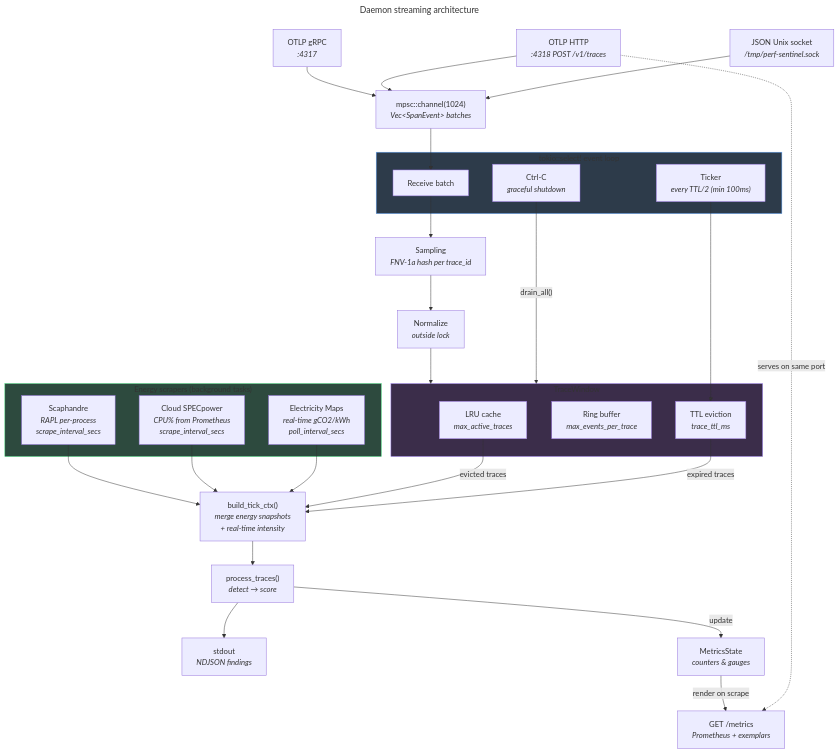
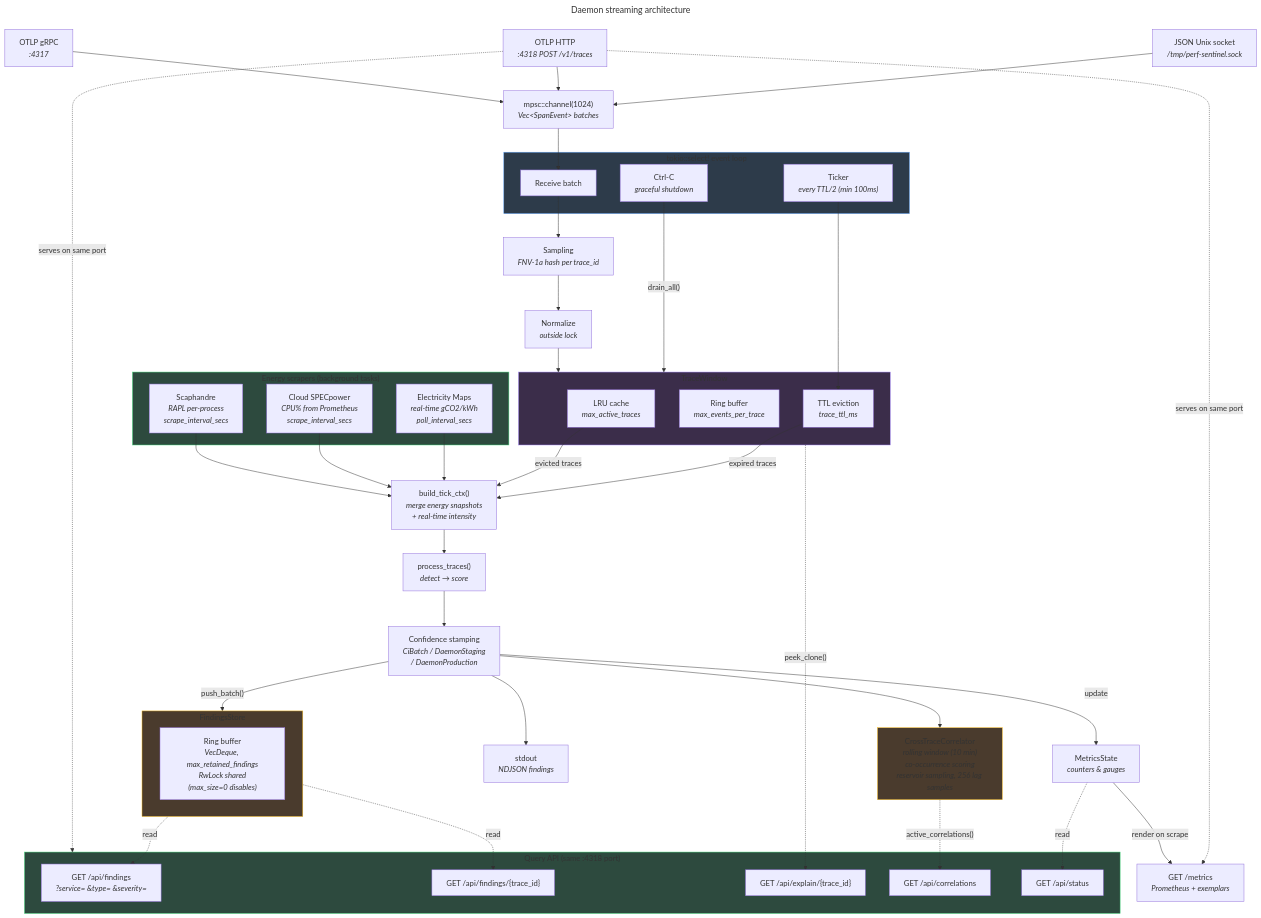
The diagram in docs/diagrams/mmd/daemon.mmd (robintra/perf-sentinel), drawn with Mermaid before and after one commit. The commit also changed 62 other files, not shown here.

```diff
--- a/docs/diagrams/mmd/daemon.mmd
+++ b/docs/diagrams/mmd/daemon.mmd
@@ -1,65 +1,94 @@
 ---
 title: Daemon streaming architecture
 ---
 flowchart TB
     grpc["OTLP gRPC<br/><i>:4317</i>"]
     http["OTLP HTTP<br/><i>:4318 POST /v1/traces</i>"]
     sock["JSON Unix socket<br/><i>/tmp/perf-sentinel.sock</i>"]
 
     channel["mpsc::channel(1024)<br/><i>Vec&lt;SpanEvent&gt; batches</i>"]
 
     subgraph eventloop["tokio::select! event loop"]
         recv["Receive batch"]
         tick["Ticker<br/><i>every TTL/2 (min 100ms)</i>"]
         ctrlc["Ctrl-C<br/><i>graceful shutdown</i>"]
     end
 
     sampling["Sampling<br/><i>FNV-1a hash per trace_id</i>"]
     norm["Normalize<br/><i>outside lock</i>"]
 
     subgraph window["TraceWindow"]
         lru["LRU cache<br/><i>max_active_traces</i>"]
         ring["Ring buffer<br/><i>max_events_per_trace</i>"]
         ttl["TTL eviction<br/><i>trace_ttl_ms</i>"]
     end
 
     subgraph scrapers["Energy scrapers (background tasks)"]
         scaph["Scaphandre<br/><i>RAPL per-process<br/>scrape_interval_secs</i>"]
         cloud["Cloud SPECpower<br/><i>CPU% from Prometheus<br/>scrape_interval_secs</i>"]
         emaps["Electricity Maps<br/><i>real-time gCO2/kWh<br/>poll_interval_secs</i>"]
     end
 
     tick_ctx["build_tick_ctx()<br/><i>merge energy snapshots<br/>+ real-time intensity</i>"]
 
     process["process_traces()<br/><i>detect &rarr; score</i>"]
 
+    confidence["Confidence stamping<br/><i>CiBatch / DaemonStaging<br/>/ DaemonProduction</i>"]
+
+    correlator["CrossTraceCorrelator<br/><i>rolling window (10 min)<br/>co-occurrence scoring<br/>reservoir sampling, 256 lag samples</i>"]
+
+    subgraph findings_ring["FindingsStore"]
+        ring_buf["Ring buffer<br/><i>VecDeque, max_retained_findings<br/>RwLock shared<br/>(max_size=0 disables)</i>"]
+    end
+
     stdout["stdout<br/><i>NDJSON findings</i>"]
     metrics_state["MetricsState<br/><i>counters &amp; gauges</i>"]
     metrics_endpoint["GET /metrics<br/><i>Prometheus + exemplars</i>"]
+
+    subgraph query_api["Query API (same :4318 port)"]
+        api_findings["GET /api/findings<br/><i>?service= &amp;type= &amp;severity=</i>"]
+        api_findings_trace["GET /api/findings/{trace_id}"]
+        api_explain["GET /api/explain/{trace_id}"]
+        api_correlations["GET /api/correlations"]
+        api_status["GET /api/status"]
+    end
 
     grpc --> channel
     http --> channel
     sock --> channel
 
     channel --> recv
     recv --> sampling --> norm --> window
     tick --> ttl
     ctrlc -- "drain_all()" --> window
 
     scaph --> tick_ctx
     cloud --> tick_ctx
     emaps --> tick_ctx
 
     lru -- "evicted traces" --> tick_ctx
     ttl -- "expired traces" --> tick_ctx
     tick_ctx --> process
 
-    process --> stdout
-    process -- "update" --> metrics_state
+    process --> confidence
+    confidence --> correlator
+    confidence --> stdout
+    confidence -- "push_batch()" --> findings_ring
+    confidence -- "update" --> metrics_state
     metrics_state -- "render on scrape" --> metrics_endpoint
 
     http -. "serves on same port" .-> metrics_endpoint
+    http -. "serves on same port" .-> query_api
+
+    findings_ring -. "read" .-> api_findings
+    findings_ring -. "read" .-> api_findings_trace
+    window -. "peek_clone()" .-> api_explain
+    correlator -. "active_correlations()" .-> api_correlations
+    metrics_state -. "read" .-> api_status
 
     style eventloop fill:#2d3b4a,stroke:#60a5fa
     style window fill:#3b2d4a,stroke:#a78bfa
     style scrapers fill:#2d4a3e,stroke:#4ade80
+    style findings_ring fill:#4a3b2d,stroke:#fbbf24
+    style query_api fill:#2d4a3e,stroke:#4ade80
+    style correlator fill:#4a3b2d,stroke:#fbbf24
```
